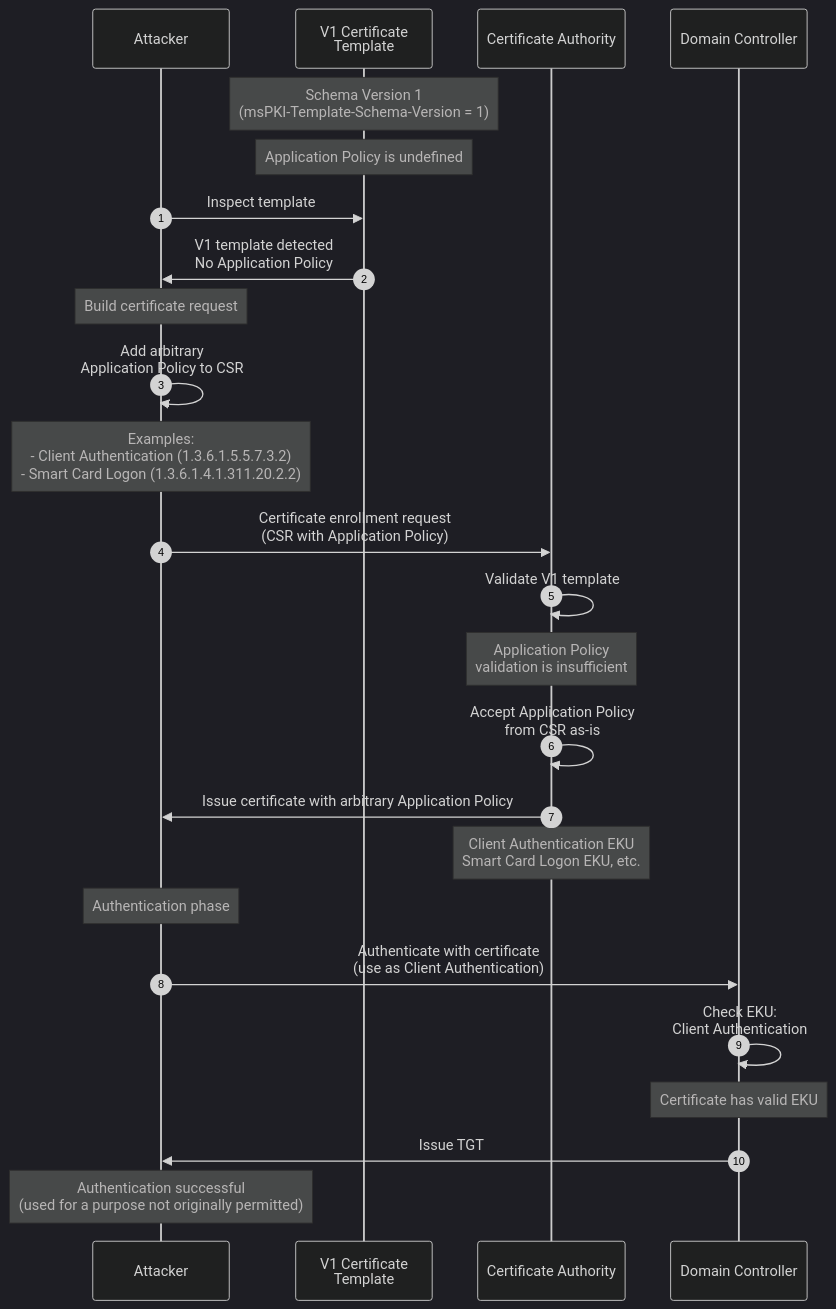
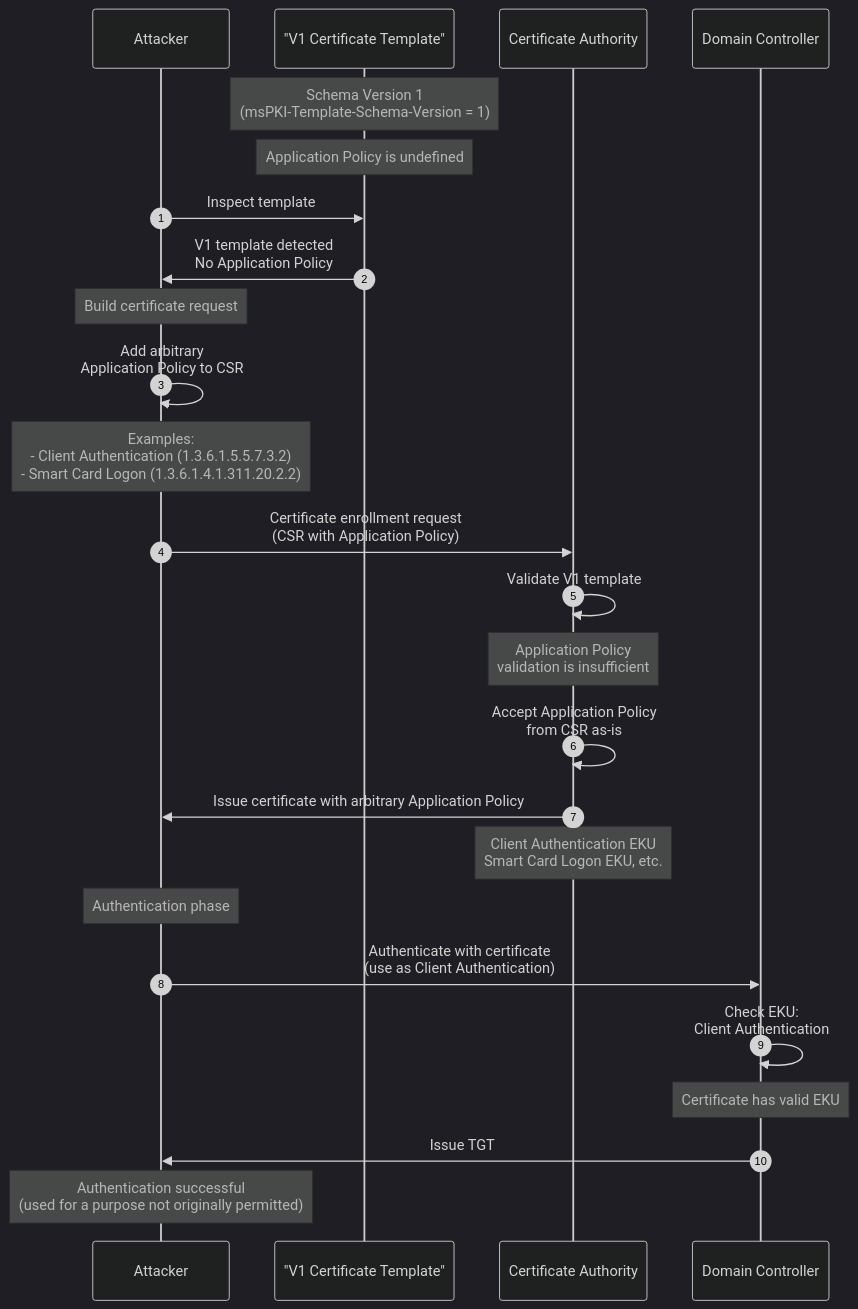
One commit to morimori-dev/morimori-dev.github.io changed diagram 15 of 17 in _posts/2026-03-03-tech-adcs-esc-attack-guide.md. Above: the diagram before and after it, drawn with Mermaid (dark theme). The commit also changed other lines of this file and 7 other files, not shown here.

First line of the commit message:
Fix Mermaid syntax errors in 8 posts

````diff
--- a/_posts/2026-03-03-tech-adcs-esc-attack-guide.md
+++ b/_posts/2026-03-03-tech-adcs-esc-attack-guide.md
@@ -1462,40 +1462,40 @@
 ```mermaid
 sequenceDiagram
     autonumber
     participant A as Attacker
-    participant V1 as V1 Certificate<br/>Template
+    participant V1 as "V1 Certificate Template"
     participant CA as Certificate Authority
     participant DC as Domain Controller
 
     Note over V1: Schema Version 1<br/>(msPKI-Template-Schema-Version = 1)
     Note over V1: Application Policy is undefined
 
     A->>V1: Inspect template
     V1->>A: V1 template detected<br/>No Application Policy
 
     Note over A: Build certificate request
 
     A->>A: Add arbitrary<br/>Application Policy to CSR
     Note over A: Examples:<br/>- Client Authentication (1.3.6.1.5.5.7.3.2)<br/>- Smart Card Logon (1.3.6.1.4.1.311.20.2.2)
 
     A->>CA: Certificate enrollment request<br/>(CSR with Application Policy)
 
     CA->>CA: Validate V1 template
     Note over CA: Application Policy<br/>validation is insufficient
 
     CA->>CA: Accept Application Policy<br/>from CSR as-is
 
     CA->>A: Issue certificate with arbitrary Application Policy
     Note over CA: Client Authentication EKU<br/>Smart Card Logon EKU, etc.
 
     Note over A: Authentication phase
 
     A->>DC: Authenticate with certificate<br/>(use as Client Authentication)
 
     DC->>DC: Check EKU:<br/>Client Authentication
     Note over DC: Certificate has valid EKU
 
     DC->>A: Issue TGT
 
     Note over A: Authentication successful<br/>(used for a purpose not originally permitted)
 ```
````
